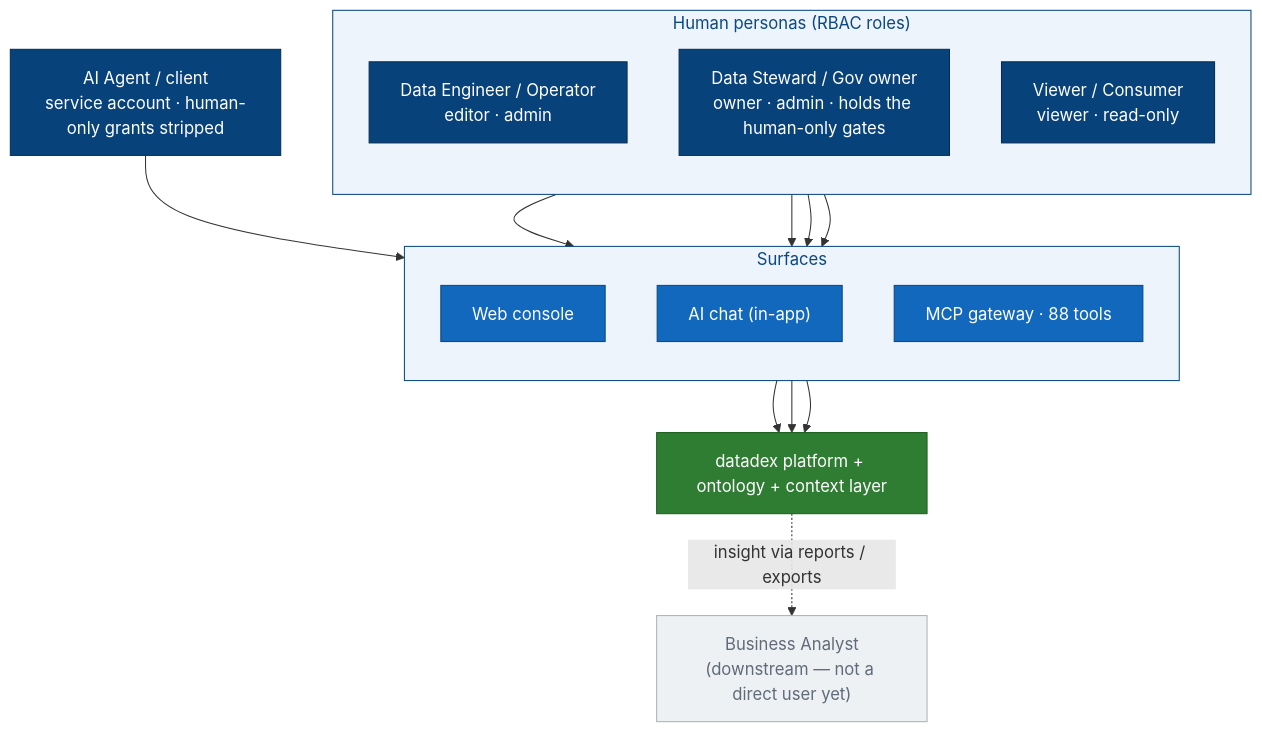
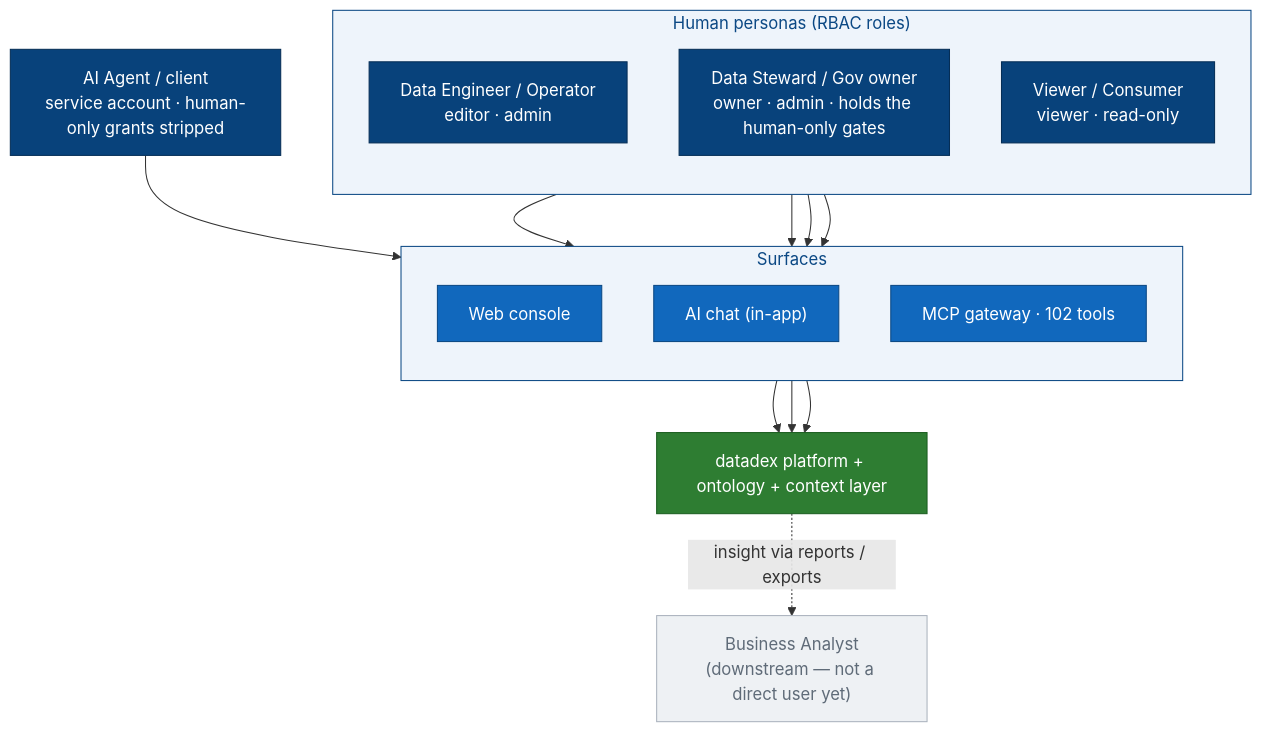
One commit to numan98khan/datadex-architecture changed the first of 4 diagrams in USER-FLOWS.md. Above: the diagram before and after it, drawn with Mermaid. The commit also changed other lines of this file and 3 other files, not shown here.

First line of the commit message:
docs: refresh architecture mirror for the current platform state

````diff
--- a/USER-FLOWS.md
+++ b/USER-FLOWS.md
@@ -31,34 +35,34 @@
 ```mermaid
 flowchart TB
   subgraph humans["Human personas (RBAC roles)"]
     direction TB
     de["Data Engineer / Operator<br/>editor · admin"]:::person
     ds["Data Steward / Gov owner<br/>owner · admin · holds the human-only gates"]:::person
     vw["Viewer / Consumer<br/>viewer · read-only"]:::person
   end
   ag["AI Agent / client<br/>service account · human-only grants stripped"]:::person
   ba["Business Analyst<br/>(downstream — not a direct user yet)"]:::muted
   subgraph surfaces["Surfaces"]
     direction TB
     web["Web console"]:::container
     chat["AI chat (in-app)"]:::container
-    mcp["MCP gateway · 88 tools"]:::container
+    mcp["MCP gateway · 102 tools"]:::container
   end
   plat["datadex platform + ontology + context layer"]:::ok
   de --> web
   de --> chat
   ds --> web
   vw --> web
   ag --> mcp
   web --> plat
   chat --> plat
   mcp --> plat
   plat -.->|"insight via reports / exports"| ba
 
   classDef person fill:#08427b,stroke:#052e56,color:#fff;
   classDef container fill:#1168bd,stroke:#0b4884,color:#fff;
   classDef ok fill:#2e7d32,stroke:#1b5e20,color:#fff;
   classDef muted fill:#eef1f4,stroke:#aab2bd,color:#5f6b78;
   style humans fill:#eef4fb,stroke:#0b4884,color:#0b4884
   style surfaces fill:#eef4fb,stroke:#0b4884,color:#0b4884
 ```
````
